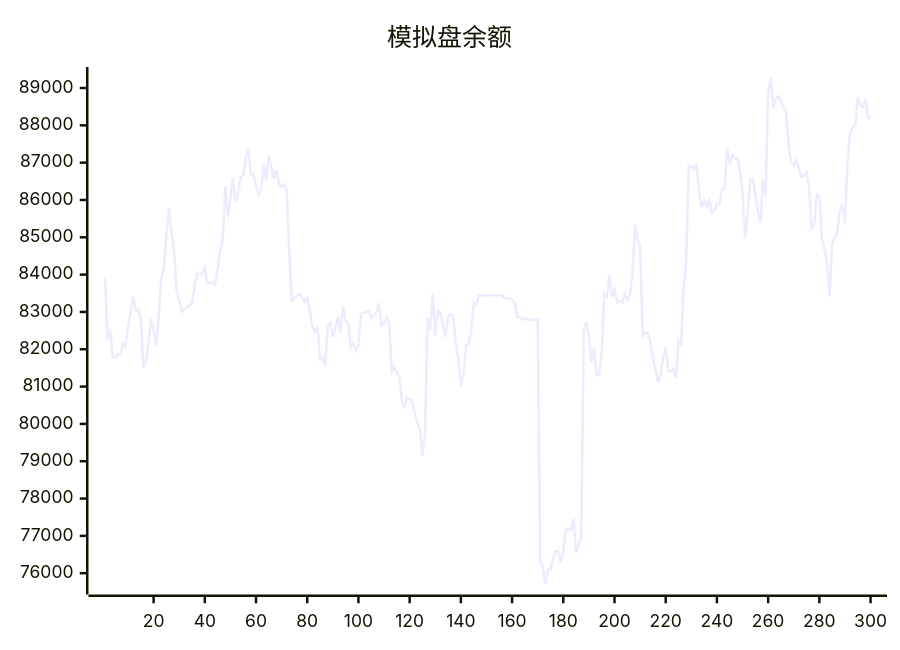
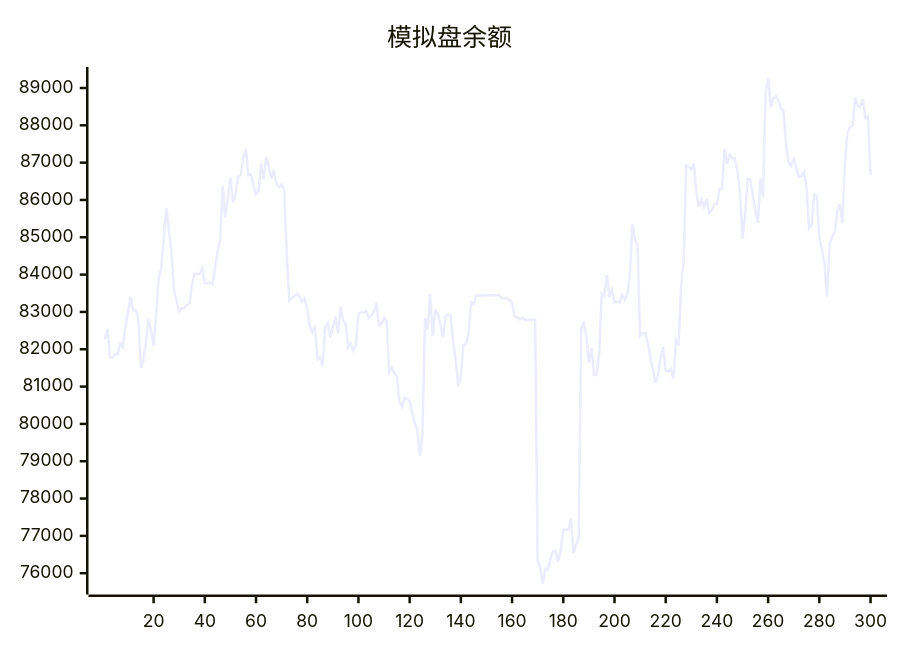
One commit to aahl/ai-trading changed the diagram in README.md. Above: the diagram before and after it, drawn with Mermaid. The commit also changed other lines of this file and 1 other file, not shown here.

````diff
--- a/README.md
+++ b/README.md
@@ -5,5 +5,5 @@
 ```mermaid
 xychart
     title "模拟盘余额"
-    line [83921,82270,82547,81776,81776,81866,81866,82158,82061,82596,83000,83408,83041,83050,82858,81503,81691,82188,82812,82517,82092,82901,83898,84180,85030,85781,85178,84604,83569,83298,83008,83093,83107,83175,83228,83729,84025,84017,84019,84177,83775,83762,83785,83738,84160,84639,84939,86370,85548,86046,86599,85942,86161,86622,86664,87115,87369,86666,86685,86384,86152,86243,86969,86548,87164,86885,86566,86809,86427,86348,86417,86273,84538,83299,83369,83430,83490,83404,83270,83362,83056,82605,82459,82614,81734,81788,81551,82598,82702,82320,82580,82878,82426,83139,82778,82686,82056,82166,81963,82110,82951,82983,82984,83038,82838,82915,82998,83235,82642,82682,82858,82746,81396,81512,81362,81277,80600,80461,80699,80673,80616,80288,80038,79836,79142,79722,82837,82533,83480,82366,83032,82960,82654,82330,82883,82934,82901,82188,81728,81005,81298,82110,82135,82449,83264,83203,83440,83439,83440,83440,83446,83447,83448,83447,83448,83449,83369,83369,83369,83313,83256,82872,82873,82801,82844,82785,82791,82791,82793,82794,76339,76145,75714,76110,76096,76397,76594,76585,76310,76607,77160,77170,77160,77456,76541,76774,76927,82520,82744,82337,81639,82040,81307,81314,81887,83490,83414,83984,83396,83594,83261,83287,83253,83470,83327,83465,83987,85348,84930,84786,82355,82433,82438,82167,81795,81466,81105,81315,81756,82064,81426,81398,81481,81210,82242,82099,83658,84359,86925,86892,86814,86980,86203,85802,86003,85811,86028,85657,85721,85896,85880,86300,86299,87378,86965,87214,87115,87118,86780,86238,84966,85623,86555,86562,86129,85722,85387,86569,86070,88870,89278,88477,88720,88781,88668,88467,88372,87493,87018,86917,87102,86870,86613,86644,86758,86317,85242,85334,86149,86106,84968,84671,84302,83410,84816,85001,85127,85693,85891,85384,87001,87811,87945,88007,88734,88528,88495,88705,88189,88248]
+    line [82270,82547,81776,81776,81866,81866,82158,82061,82596,83000,83408,83041,83050,82858,81503,81691,82188,82812,82517,82092,82901,83898,84180,85030,85781,85178,84604,83569,83298,83008,83093,83107,83175,83228,83729,84025,84017,84019,84177,83775,83762,83785,83738,84160,84639,84939,86370,85548,86046,86599,85942,86161,86622,86664,87115,87369,86666,86685,86384,86152,86243,86969,86548,87164,86885,86566,86809,86427,86348,86417,86273,84538,83299,83369,83430,83490,83404,83270,83362,83056,82605,82459,82614,81734,81788,81551,82598,82702,82320,82580,82878,82426,83139,82778,82686,82056,82166,81963,82110,82951,82983,82984,83038,82838,82915,82998,83235,82642,82682,82858,82746,81396,81512,81362,81277,80600,80461,80699,80673,80616,80288,80038,79836,79142,79722,82837,82533,83480,82366,83032,82960,82654,82330,82883,82934,82901,82188,81728,81005,81298,82110,82135,82449,83264,83203,83440,83439,83440,83440,83446,83447,83448,83447,83448,83449,83369,83369,83369,83313,83256,82872,82873,82801,82844,82785,82791,82791,82793,82794,76339,76145,75714,76110,76096,76397,76594,76585,76310,76607,77160,77170,77160,77456,76541,76774,76927,82520,82744,82337,81639,82040,81307,81314,81887,83490,83414,83984,83396,83594,83261,83287,83253,83470,83327,83465,83987,85348,84930,84786,82355,82433,82438,82167,81795,81466,81105,81315,81756,82064,81426,81398,81481,81210,82242,82099,83658,84359,86925,86892,86814,86980,86203,85802,86003,85811,86028,85657,85721,85896,85880,86300,86299,87378,86965,87214,87115,87118,86780,86238,84966,85623,86555,86562,86129,85722,85387,86569,86070,88870,89278,88477,88720,88781,88668,88467,88372,87493,87018,86917,87102,86870,86613,86644,86758,86317,85242,85334,86149,86106,84968,84671,84302,83410,84816,85001,85127,85693,85891,85384,87001,87811,87945,88007,88734,88528,88495,88705,88189,88248,86662]
 ```
````
